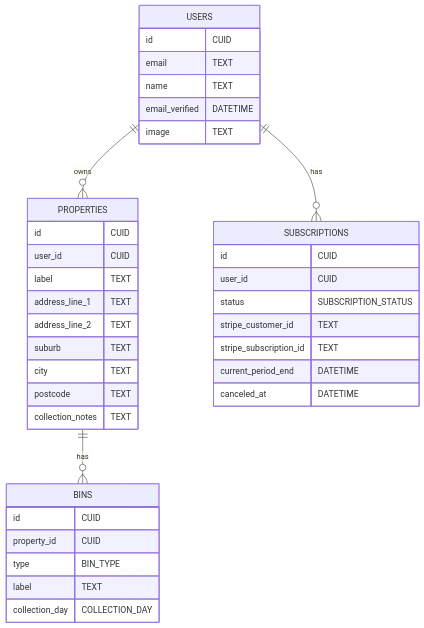
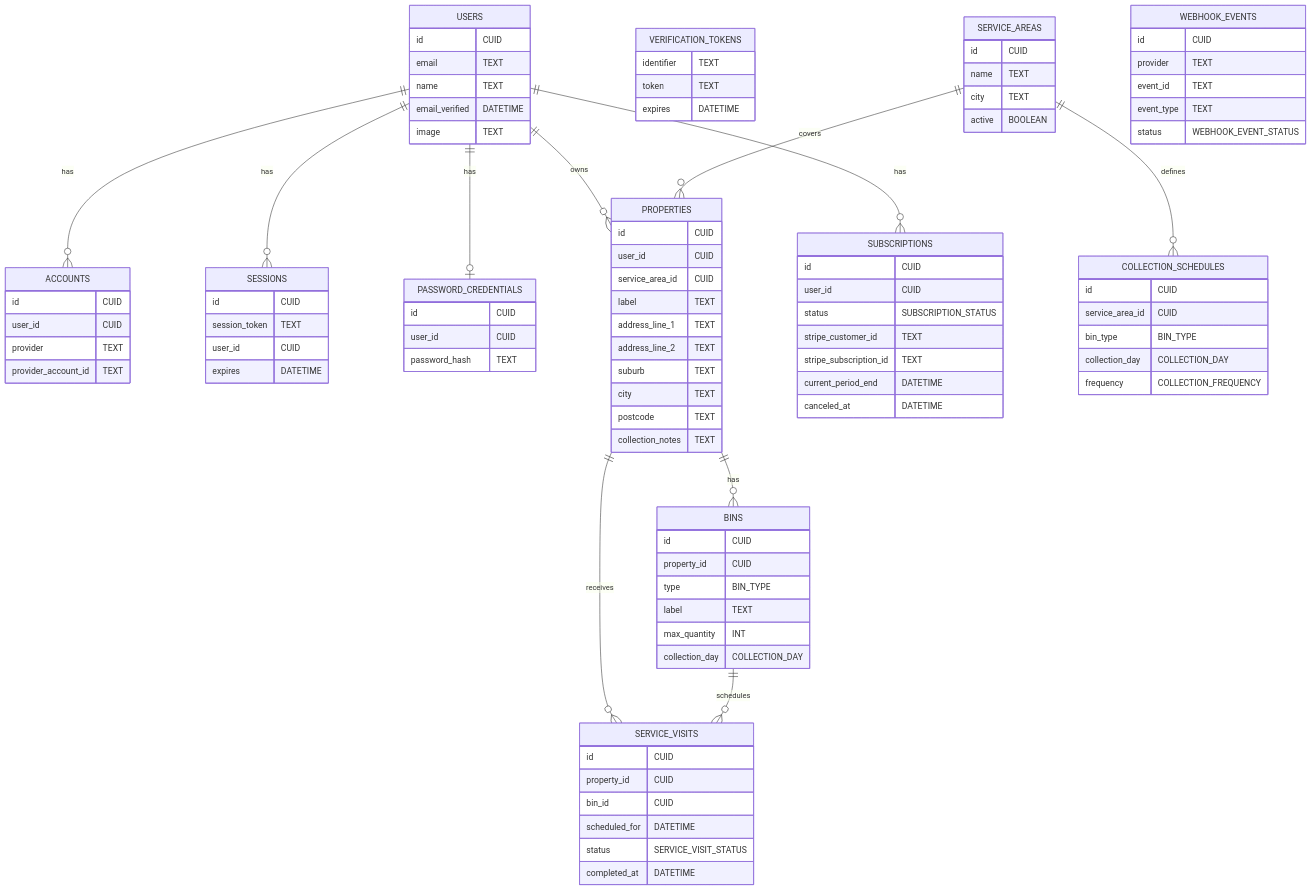
Before and after one commit to angelacollings/binrun: the diagram in docs/diagrams/data-model.md, drawn with Mermaid. The commit also changed other lines of this file and 6 other files, not shown here.

Commit message:
Complete MVP Prisma schema

````diff
--- a/docs/diagrams/data-model.md
+++ b/docs/diagrams/data-model.md
@@ -14,9 +15,36 @@
 image TEXT
 }
 
+    ACCOUNTS {
+        id CUID
+        user_id CUID
+        provider TEXT
+        provider_account_id TEXT
+    }
+
+    SESSIONS {
+        id CUID
+        session_token TEXT
+        user_id CUID
+        expires DATETIME
+    }
+
+    PASSWORD_CREDENTIALS {
+        id CUID
+        user_id CUID
+        password_hash TEXT
+    }
+
+    VERIFICATION_TOKENS {
+        identifier TEXT
+        token TEXT
+        expires DATETIME
+    }
+
     PROPERTIES {
         id CUID
         user_id CUID
+        service_area_id CUID
         label TEXT
         address_line_1 TEXT
         address_line_2 TEXT
@@ -31,6 +59,7 @@
         property_id CUID
         type BIN_TYPE
         label TEXT
+        max_quantity INT
         collection_day COLLECTION_DAY
     }
 
@@ -44,7 +73,46 @@
         canceled_at DATETIME
     }
 
+    SERVICE_AREAS {
+        id CUID
+        name TEXT
+        city TEXT
+        active BOOLEAN
+    }
+
+    COLLECTION_SCHEDULES {
+        id CUID
+        service_area_id CUID
+        bin_type BIN_TYPE
+        collection_day COLLECTION_DAY
+        frequency COLLECTION_FREQUENCY
+    }
+
+    SERVICE_VISITS {
+        id CUID
+        property_id CUID
+        bin_id CUID
+        scheduled_for DATETIME
+        status SERVICE_VISIT_STATUS
+        completed_at DATETIME
+    }
+
+    WEBHOOK_EVENTS {
+        id CUID
+        provider TEXT
+        event_id TEXT
+        event_type TEXT
+        status WEBHOOK_EVENT_STATUS
+    }
+
+    USERS ||--o{ ACCOUNTS : has
+    USERS ||--o{ SESSIONS : has
+    USERS ||--o| PASSWORD_CREDENTIALS : has
     USERS ||--o{ PROPERTIES : owns
     PROPERTIES ||--o{ BINS : has
     USERS ||--o{ SUBSCRIPTIONS : has
+    SERVICE_AREAS ||--o{ PROPERTIES : covers
+    SERVICE_AREAS ||--o{ COLLECTION_SCHEDULES : defines
+    PROPERTIES ||--o{ SERVICE_VISITS : receives
+    BINS ||--o{ SERVICE_VISITS : schedules
 ```
````
